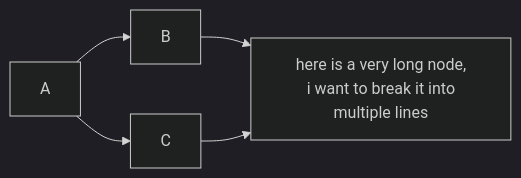
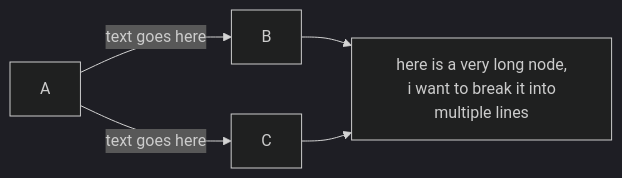
Before and after one commit to ALXS-GitHub/Markdown-Themes: the first of 4 diagrams in Aesthetic/example.md, drawn with Mermaid (dark theme). The commit also changed 2 other files, not shown here.

Commit message:
fixed mermaid css

````diff
--- a/Aesthetic/example.md
+++ b/Aesthetic/example.md
@@ -213,7 +213,7 @@
 ```mermaid
 graph LR;
-    A-->B;
-    A-->C;
+    A-->|text goes here|B;
+    A-->|text goes here|C;
     B-->D[here is a very long node,<br> i want to break it into multiple lines];
     C-->D;
 ```
````
